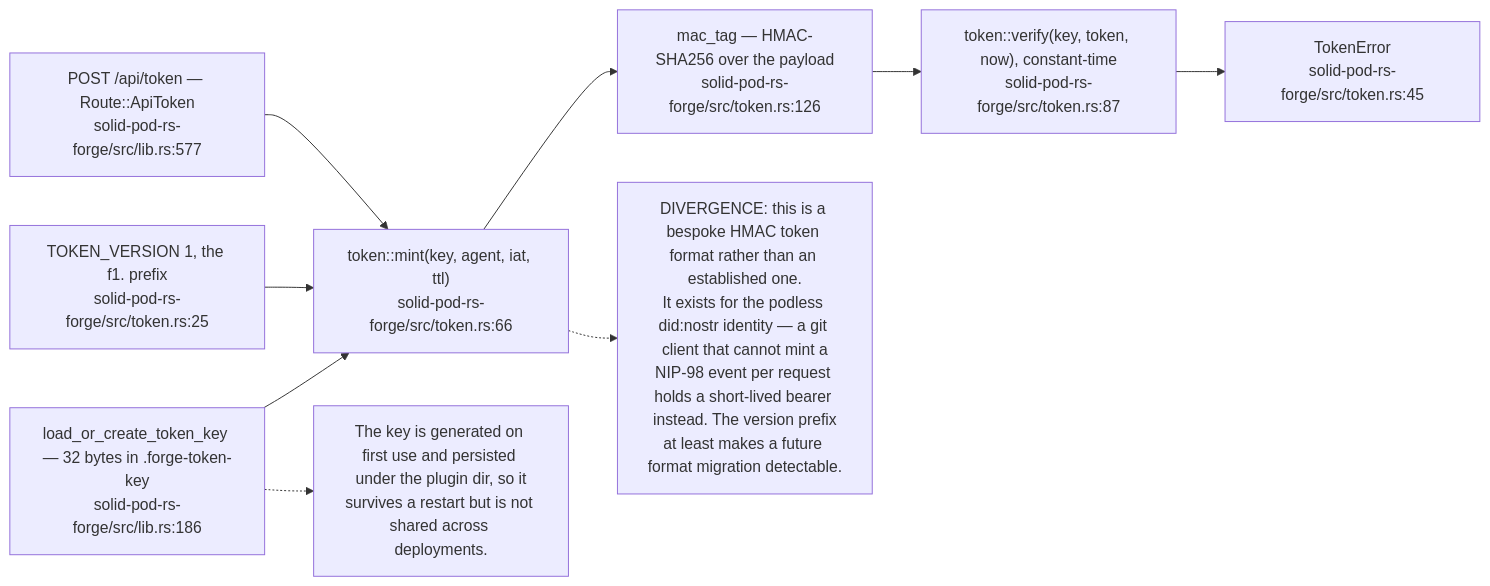
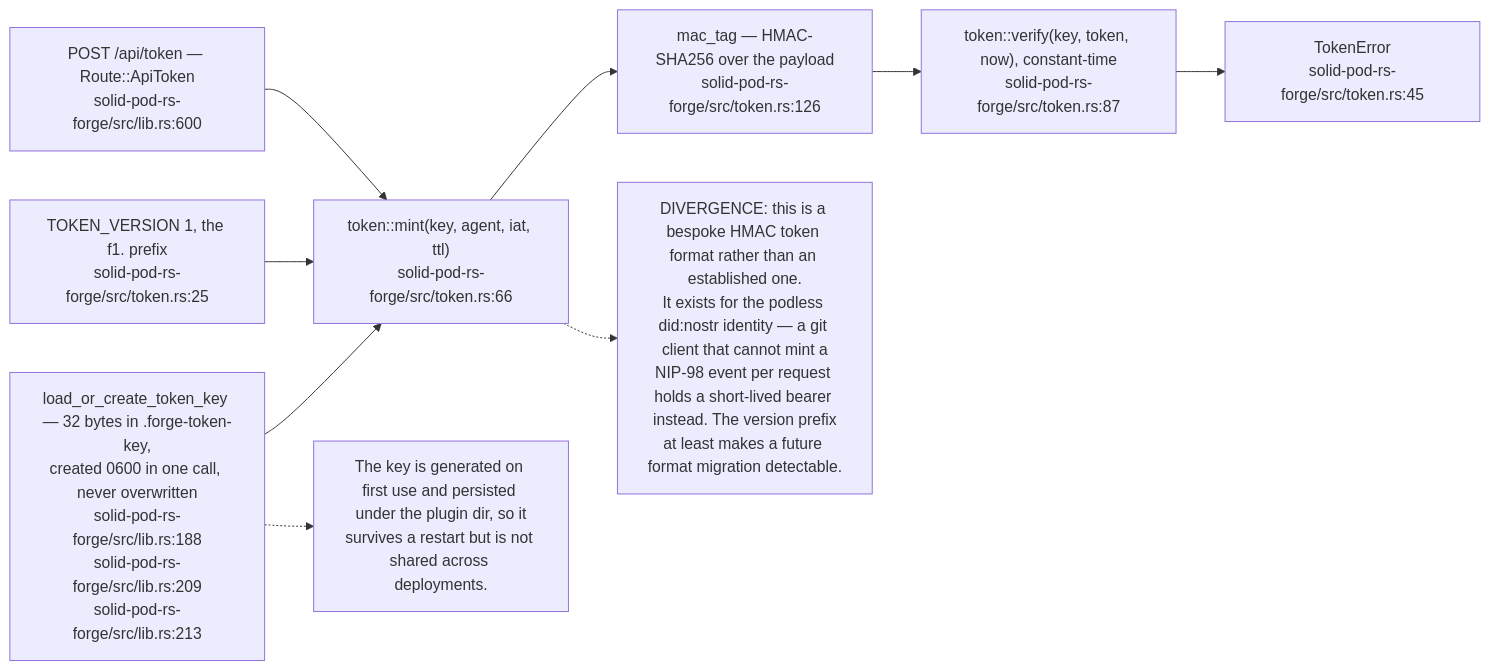
Before and after one commit to DreamLab-AI/VisionFlow: the tenth of 21 diagrams in docs/diagrams/solid-pod-rs/08-federation-notifications-forge-mcp.md, drawn with Mermaid. The commit also changed other lines of this file and 1 other file, not shown here.

First line of the commit message:
docs(diagrams): SP-08, SP-14 re-verified at solid-pod-rs a28a748

````diff
--- a/docs/diagrams/solid-pod-rs/08-federation-notifications-forge-mcp.md
+++ b/docs/diagrams/solid-pod-rs/08-federation-notifications-forge-mcp.md
@@ -376,20 +380,20 @@
 ```mermaid
 flowchart LR
-    KEY["load_or_create_token_key — 32 bytes in .forge-token-key<br/>solid-pod-rs-forge/src/lib.rs:186"]
+    KEY["load_or_create_token_key — 32 bytes in .forge-token-key,<br/>created 0600 in one call, never overwritten<br/>solid-pod-rs-forge/src/lib.rs:188<br/>solid-pod-rs-forge/src/lib.rs:209<br/>solid-pod-rs-forge/src/lib.rs:213"]
     MINT["token::mint(key, agent, iat, ttl)<br/>solid-pod-rs-forge/src/token.rs:66"]
     VER["token::verify(key, token, now), constant-time<br/>solid-pod-rs-forge/src/token.rs:87"]
     MAC["mac_tag — HMAC-SHA256 over the payload<br/>solid-pod-rs-forge/src/token.rs:126"]
     V1["TOKEN_VERSION 1, the f1. prefix<br/>solid-pod-rs-forge/src/token.rs:25"]
     ERR["TokenError<br/>solid-pod-rs-forge/src/token.rs:45"]
-    API["POST /api/token — Route::ApiToken<br/>solid-pod-rs-forge/src/lib.rs:577"]
+    API["POST /api/token — Route::ApiToken<br/>solid-pod-rs-forge/src/lib.rs:600"]
 
     KEY --> MINT --> MAC
     V1 --> MINT
     API --> MINT
     MAC --> VER --> ERR
 
     N["DIVERGENCE: this is a bespoke HMAC token format rather than an established one.<br/>It exists for the podless did:nostr identity — a git client that cannot mint a<br/>NIP-98 event per request holds a short-lived bearer instead. The version prefix<br/>at least makes a future format migration detectable."]
     MINT -.-> N
     N2["The key is generated on first use and persisted under the plugin dir, so it<br/>survives a restart but is not shared across deployments."]
     KEY -.-> N2
 ```
````
